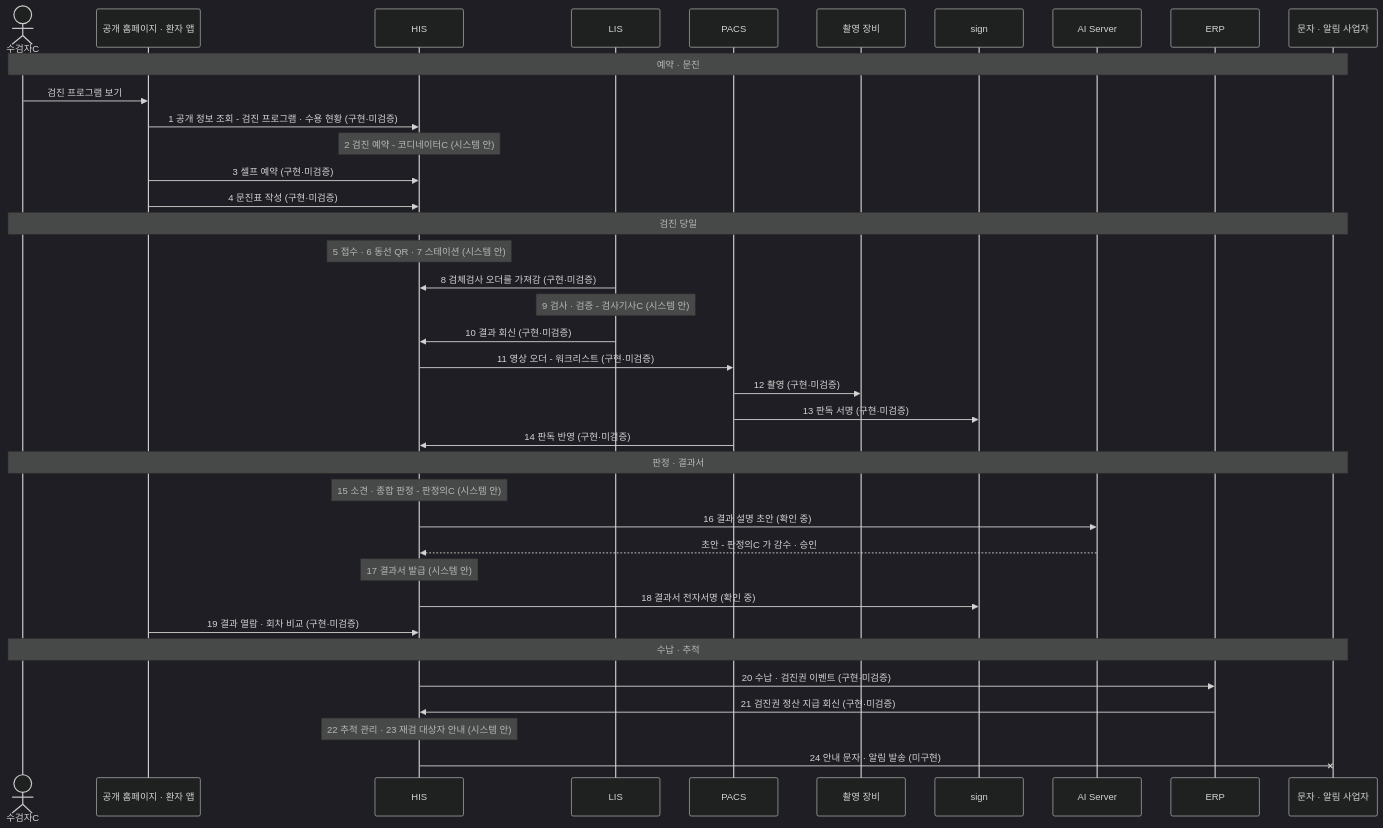
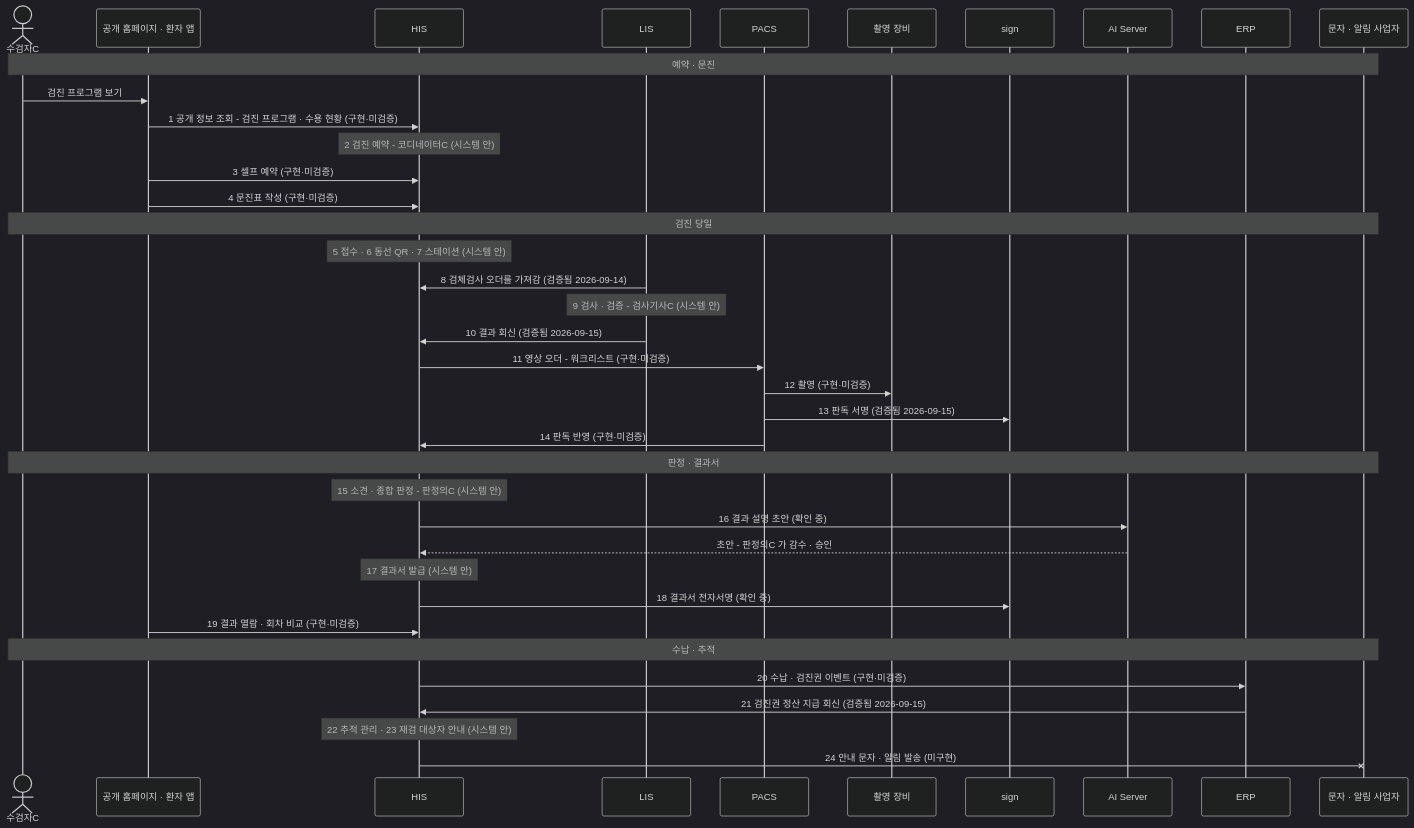
Before and after one commit to seanshin/werub-his-ecosystem: the diagram in scenarios/03-health-checkup.md, drawn with Mermaid (dark theme). The commit also changed other lines of this file and 6 other files, not shown here.

````diff
--- a/scenarios/03-health-checkup.md
+++ b/scenarios/03-health-checkup.md
@@ -26,44 +26,44 @@
 ```mermaid
 sequenceDiagram
   actor PT as 수검자C
   participant FRONT as 공개 홈페이지 · 환자 앱
   participant HIS as HIS
   participant LIS as LIS
   participant PACS as PACS
   participant MOD as 촬영 장비
   participant SIGN as sign
   participant AIS as AI Server
   participant ERP as ERP
   participant MSG as 문자 · 알림 사업자
 
   Note over PT,MSG: 예약 · 문진
   PT->>FRONT: 검진 프로그램 보기
   FRONT->>HIS: 1 공개 정보 조회 - 검진 프로그램 · 수용 현황 (구현·미검증)
   Note over HIS: 2 검진 예약 - 코디네이터C (시스템 안)
   FRONT->>HIS: 3 셀프 예약 (구현·미검증)
   FRONT->>HIS: 4 문진표 작성 (구현·미검증)
 
   Note over PT,MSG: 검진 당일
   Note over HIS: 5 접수 · 6 동선 QR · 7 스테이션 (시스템 안)
-  LIS->>HIS: 8 검체검사 오더를 가져감 (구현·미검증)
+  LIS->>HIS: 8 검체검사 오더를 가져감 (검증됨 2026-09-14)
   Note over LIS: 9 검사 · 검증 - 검사기사C (시스템 안)
-  LIS->>HIS: 10 결과 회신 (구현·미검증)
+  LIS->>HIS: 10 결과 회신 (검증됨 2026-09-15)
   HIS->>PACS: 11 영상 오더 - 워크리스트 (구현·미검증)
   PACS->>MOD: 12 촬영 (구현·미검증)
-  PACS->>SIGN: 13 판독 서명 (구현·미검증)
+  PACS->>SIGN: 13 판독 서명 (검증됨 2026-09-15)
   PACS->>HIS: 14 판독 반영 (구현·미검증)
 
   Note over PT,MSG: 판정 · 결과서
   Note over HIS: 15 소견 · 종합 판정 - 판정의C (시스템 안)
   HIS->>AIS: 16 결과 설명 초안 (확인 중)
   AIS-->>HIS: 초안 - 판정의C 가 감수 · 승인
   Note over HIS: 17 결과서 발급 (시스템 안)
   HIS->>SIGN: 18 결과서 전자서명 (확인 중)
   FRONT->>HIS: 19 결과 열람 · 회차 비교 (구현·미검증)
 
   Note over PT,MSG: 수납 · 추적
   HIS->>ERP: 20 수납 · 검진권 이벤트 (구현·미검증)
-  ERP->>HIS: 21 검진권 정산 지급 회신 (구현·미검증)
+  ERP->>HIS: 21 검진권 정산 지급 회신 (검증됨 2026-09-15)
   Note over HIS: 22 추적 관리 · 23 재검 대상자 안내 (시스템 안)
   HIS-xMSG: 24 안내 문자 · 알림 발송 (미구현)
 ```
````
